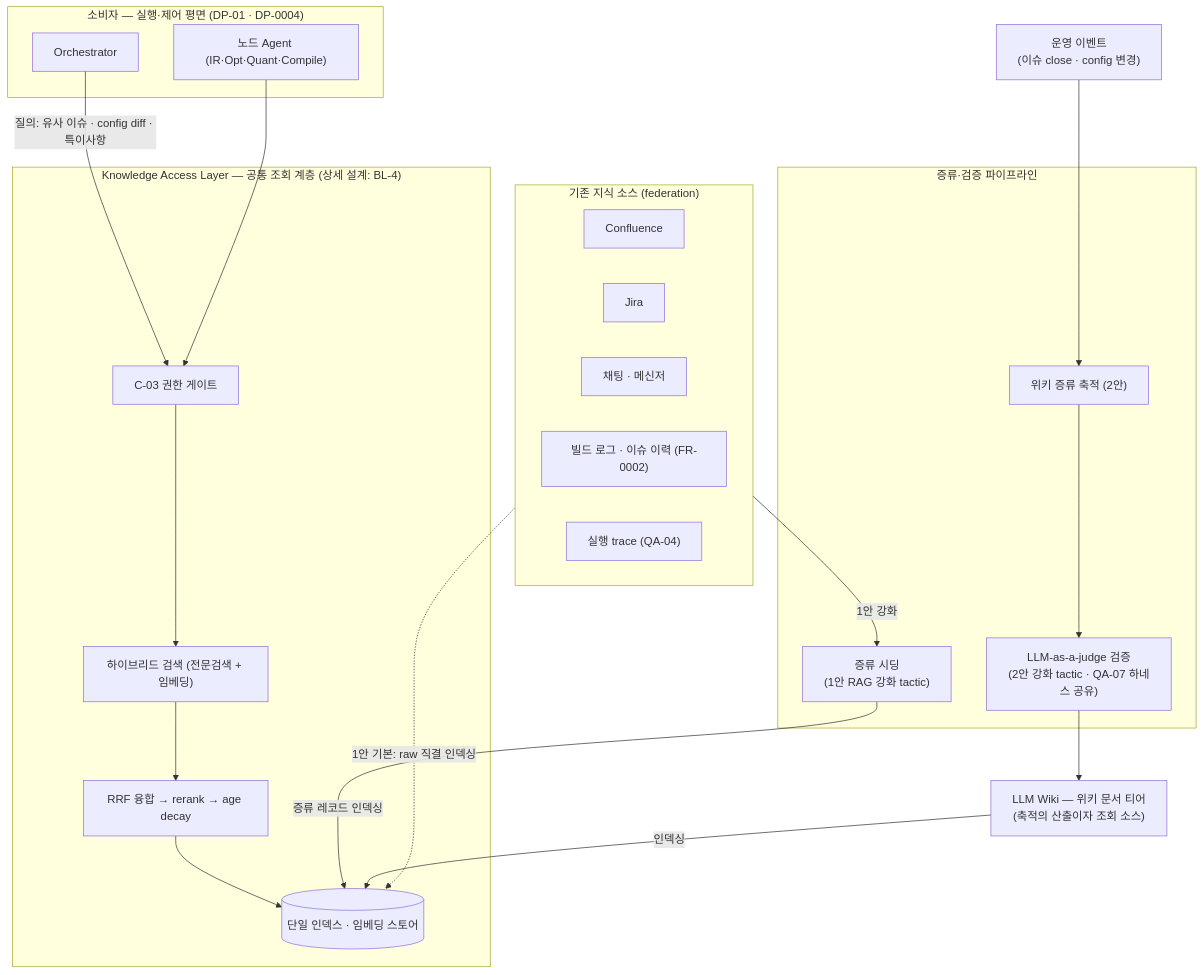
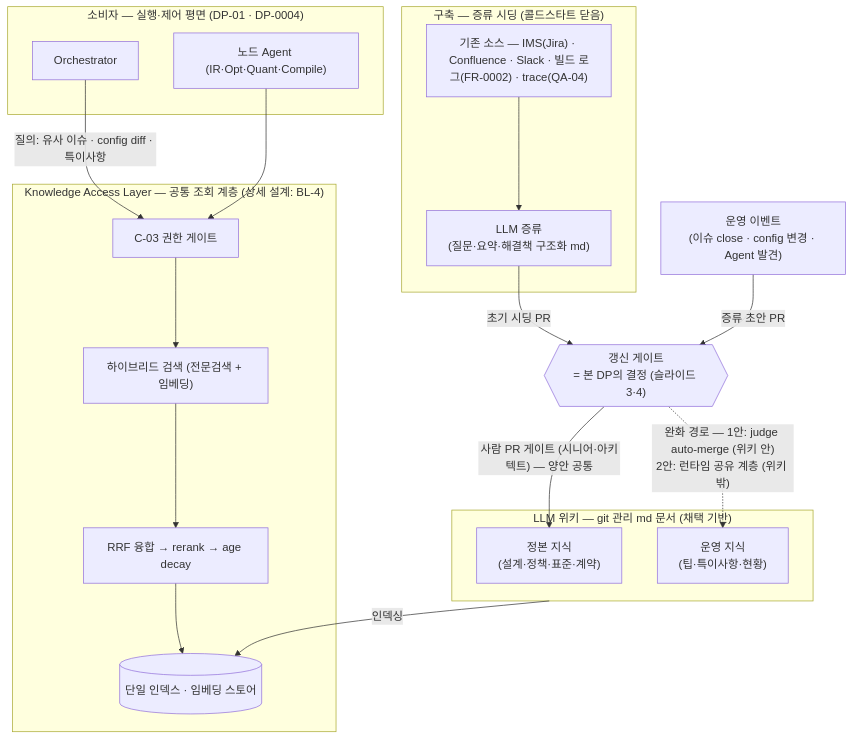
The diagram in context/dp/DP-06/DP-06-knowledge-base.md (sj-meliora/archi-team-project), drawn with Mermaid before and after one commit. The commit also changed other lines of this file and 8 other files, not shown here.

First line of the commit message:
feat(dp): DP-06 v4 거버넌스 재프레이밍 — LLM 위키 기반, 차등 게이팅 vs 정본+런타임 공유

````diff
--- a/context/dp/DP-06/DP-06-knowledge-base.md
+++ b/context/dp/DP-06/DP-06-knowledge-base.md
@@ -85,39 +92,37 @@
 ```mermaid
 flowchart TB
     subgraph CONS["소비자 — 실행·제어 평면 (DP-01 · DP-0004)"]
         ORC["Orchestrator"]
         AGT["노드 Agent (IR·Opt·Quant·Compile)"]
     end
 
     subgraph KAL["Knowledge Access Layer — 공통 조회 계층 (상세 설계: BL-4)"]
         GATE["C-03 권한 게이트"]
         HYB["하이브리드 검색 (전문검색 + 임베딩)"]
         RANK["RRF 융합 → rerank → age decay"]
         IDX[("단일 인덱스 · 임베딩 스토어")]
     end
 
-    subgraph PIPE["증류·검증 파이프라인"]
-        SEED["증류 시딩<br/>(1안 RAG 강화 tactic)"]
-        ACC["위키 증류 축적 (2안)"]
-        JDG["LLM-as-a-judge 검증<br/>(2안 강화 tactic · QA-07 하네스 공유)"]
+    subgraph WIKI["LLM 위키 — git 관리 md 문서 (채택 기반)"]
+        NORM["정본 지식<br/>(설계·정책·표준·계약)"]
+        OPS["운영 지식<br/>(팁·특이사항·현황)"]
     end
 
-    WIKI["LLM Wiki — 위키 문서 티어<br/>(축적의 산출이자 조회 소스)"]
-    EVT["운영 이벤트<br/>(이슈 close · config 변경)"]
+    subgraph BUILD["구축 — 증류 시딩 (콜드스타트 닫음)"]
+        SRC["기존 소스 — IMS(Jira) · Confluence · Slack · 빌드 로그(FR-0002) · trace(QA-04)"]
+        DIST["LLM 증류<br/>(질문·요약·해결책 구조화 md)"]
+    end
 
-    subgraph SRC["기존 지식 소스 (federation)"]
-        CONF["Confluence"]
-        JIRA["Jira"]
-        CHAT["채팅 · 메신저"]
-        LOGS["빌드 로그 · 이슈 이력 (FR-0002)"]
-        TRC["실행 trace (QA-04)"]
-    end
+    EVT["운영 이벤트<br/>(이슈 close · config 변경 · Agent 발견)"]
+    GOV{{"갱신 게이트<br/>= 본 DP의 결정 (슬라이드 3·4)"}}
 
     ORC -->|"질의: 유사 이슈 · config diff · 특이사항"| GATE
     AGT --> GATE
     GATE --> HYB --> RANK --> IDX
 
-    SRC -.->|"1안 기본: raw 직결 인덱싱"| IDX
-    SRC -->|"1안 강화"| SEED -->|"증류 레코드 인덱싱"| IDX
-    EVT --> ACC --> JDG --> WIKI -->|"인덱싱"| IDX
+    SRC --> DIST -->|"초기 시딩 PR"| GOV
+    EVT -->|"증류 초안 PR"| GOV
+    GOV -->|"사람 PR 게이트 (시니어·아키텍트) — 양안 공통"| NORM
+    GOV -.->|"완화 경로 — 1안: judge auto-merge (위키 안)<br/>2안: 런타임 공유 계층 (위키 밖)"| OPS
+    WIKI -->|"인덱싱"| IDX
 ```
````
